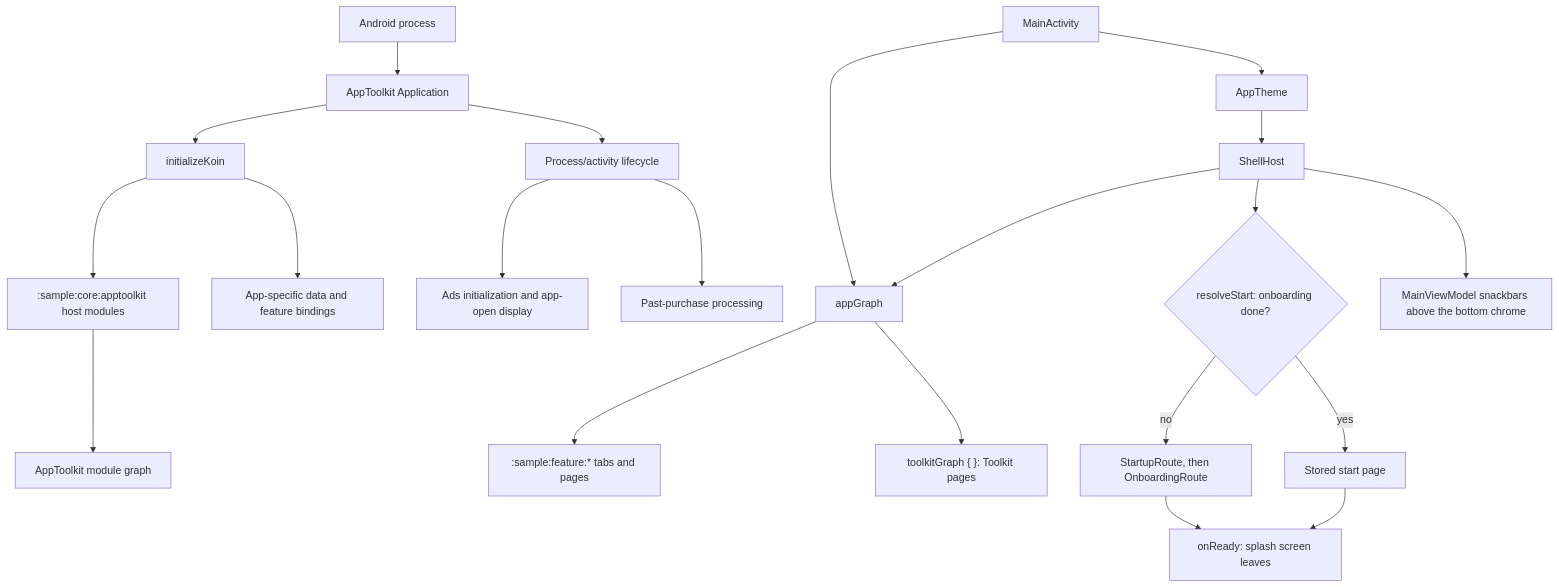
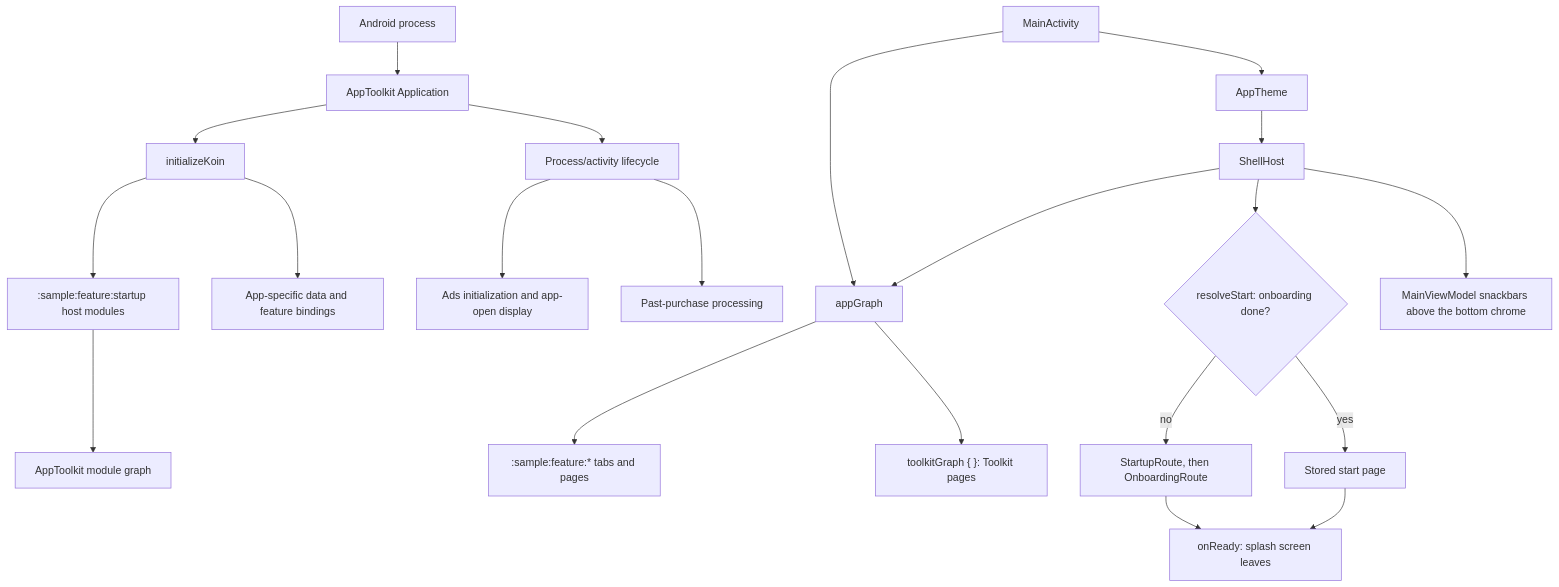
Before and after one commit to MihaiCristianCondrea/App-Toolkit-for-Android: the diagram in sample/app/README.md, drawn with Mermaid. The commit also changed other lines of this file and 89 other files, not shown here.

````diff
--- a/sample/app/README.md
+++ b/sample/app/README.md
@@ -59,23 +62,23 @@
 ```mermaid
 flowchart TD
     Process[Android process] --> App[AppToolkit Application]
     App --> Koin[initializeKoin]
-    Koin --> Adapter[":sample:core:apptoolkit host modules"]
+    Koin --> Adapter[":sample:feature:startup host modules"]
     Adapter --> AppToolkit[AppToolkit module graph]
     Koin --> HostModules[App-specific data and feature bindings]
     App --> Lifecycle[Process/activity lifecycle]
     Lifecycle --> Ads[Ads initialization and app-open display]
     Lifecycle --> Billing[Past-purchase processing]
     Launcher[MainActivity] --> Theme[AppTheme]
     Theme --> Host[ShellHost]
     Launcher --> Graph[appGraph]
     Graph --> HostPages[":sample:feature:* tabs and pages"]
     Graph --> ToolkitPages["toolkitGraph { }: Toolkit pages"]
     Host --> Graph
     Host --> Start{resolveStart: onboarding done?}
     Start -->|no| FirstRun[StartupRoute, then OnboardingRoute]
     Start -->|yes| Stored[Stored start page]
     FirstRun --> Ready[onReady: splash screen leaves]
     Stored --> Ready
     Host --> Snackbars[MainViewModel snackbars above the bottom chrome]
 ```
````
